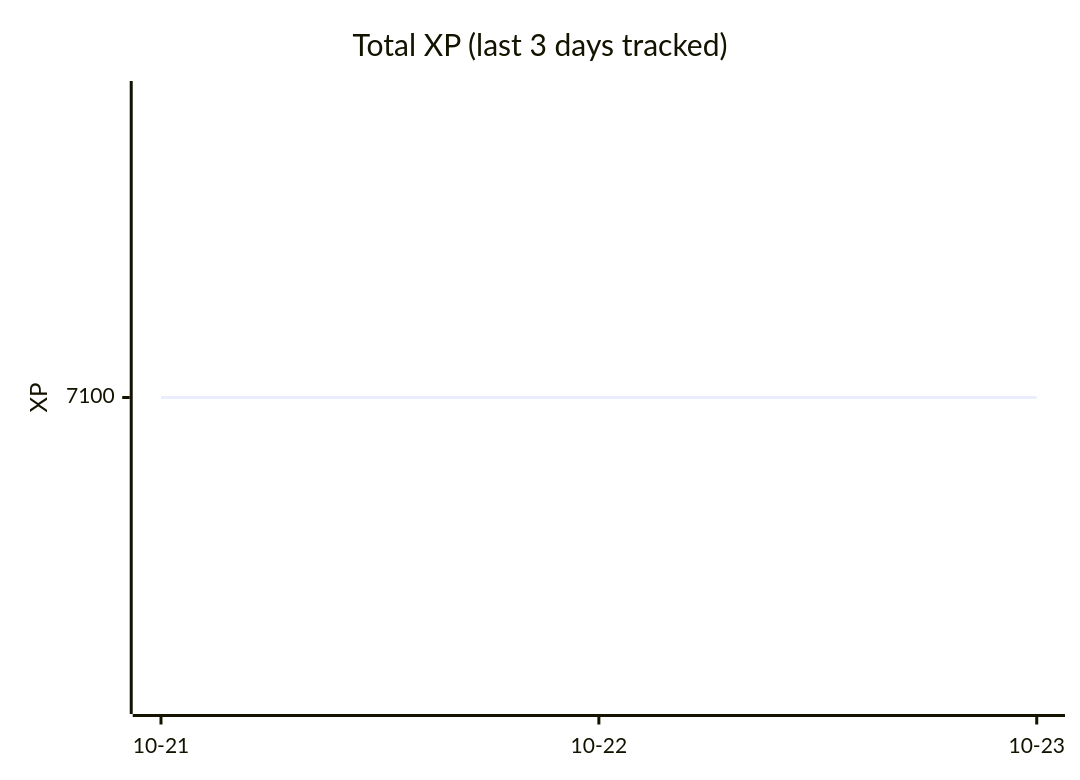
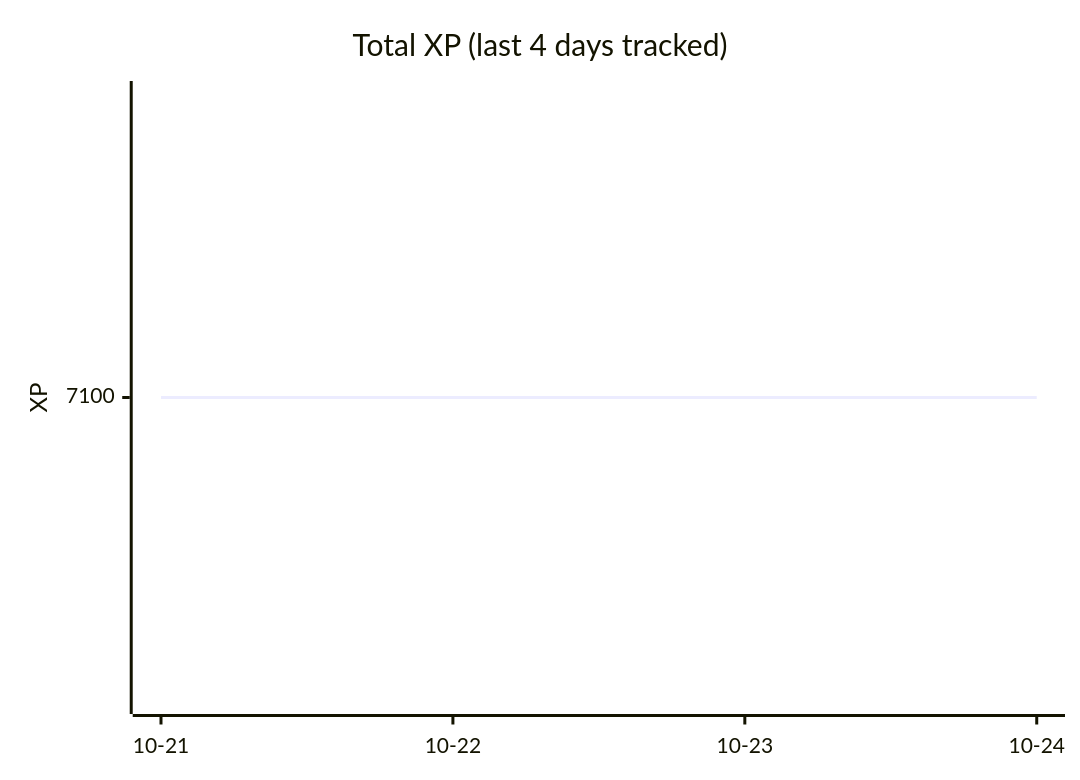
The diagram in README.md (ASR222/bootdev-progress), drawn with Mermaid before and after one commit. The commit also changed other lines of this file and 1 other file, not shown here.

Commit message:
Boot.dev progress: 2026-10-23

````diff
--- a/README.md
+++ b/README.md
@@ -14,7 +14,7 @@
 ```mermaid
 xychart-beta
-    title "Total XP (last 3 days tracked)"
-    x-axis ["10-21", "10-22", "10-23"]
+    title "Total XP (last 4 days tracked)"
+    x-axis ["10-21", "10-22", "10-23", "10-24"]
     y-axis "XP"
-    line [7100, 7100, 7100]
+    line [7100, 7100, 7100, 7100]
 ```
````
